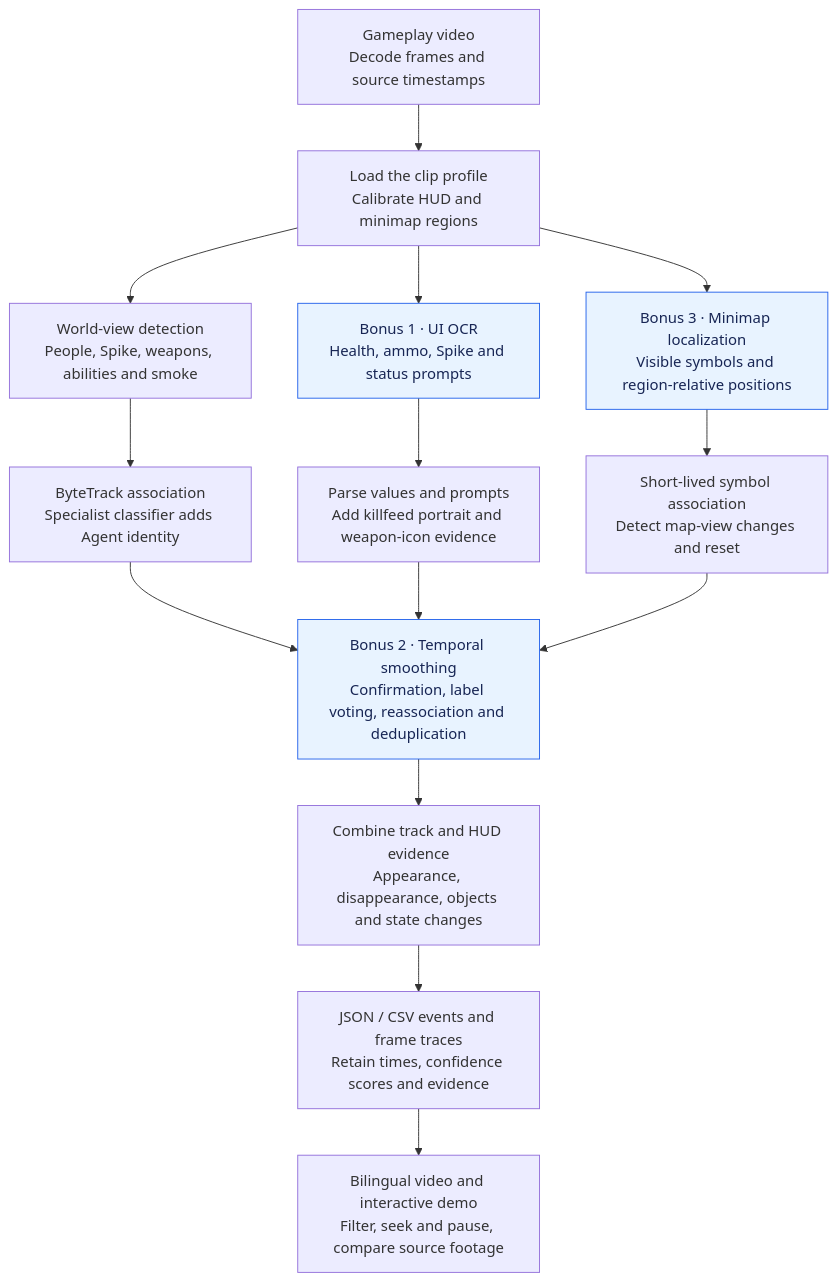
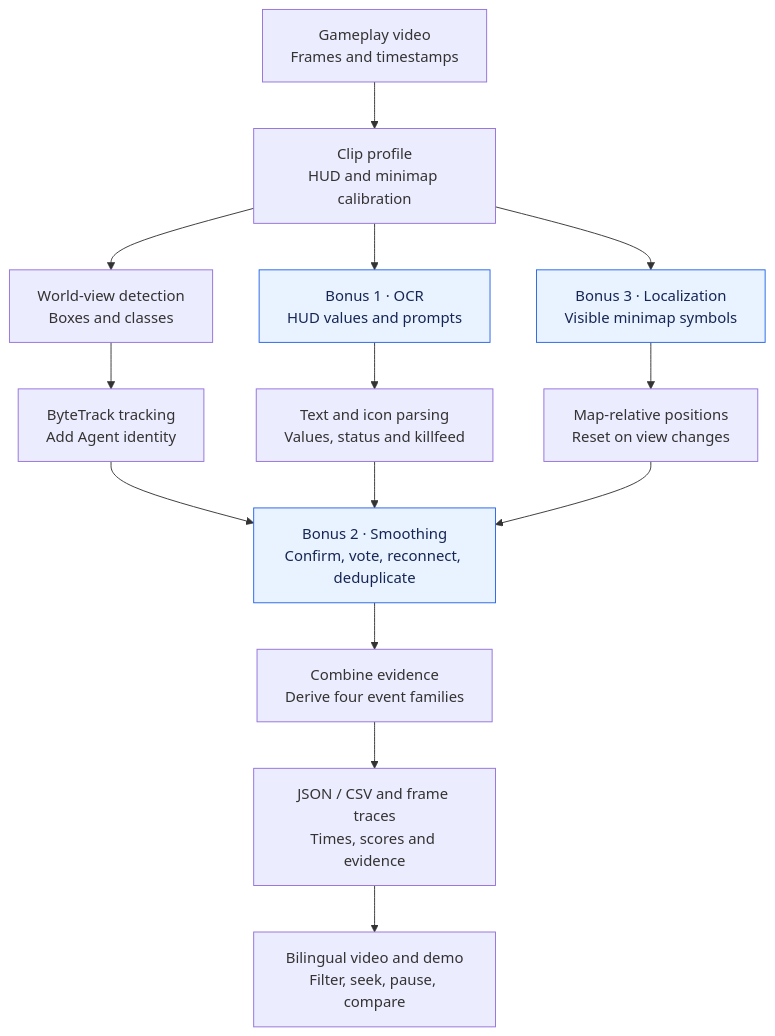
One commit to Xuyw041006-arch/valorant-detect changed the diagram in README.md. Above: the diagram before and after it, drawn with Mermaid. The commit also changed 2 other files, not shown here.

Commit message:
Keep workflow diagram labels concise and readable

````diff
--- a/README.md
+++ b/README.md
@@ -15,18 +15,18 @@
 ```mermaid
 flowchart TD
-    A["Gameplay video<br/>Decode frames and source timestamps"] --> B["Load the clip profile<br/>Calibrate HUD and minimap regions"]
-    B --> C["World-view detection<br/>People, Spike, weapons, abilities and smoke"]
-    B --> D["Bonus 1 · UI OCR<br/>Health, ammo, Spike and status prompts"]
-    B --> E["Bonus 3 · Minimap localization<br/>Visible symbols and region-relative positions"]
-    C --> F["ByteTrack association<br/>Specialist classifier adds Agent identity"]
-    D --> G["Parse values and prompts<br/>Add killfeed portrait and weapon-icon evidence"]
-    E --> H["Short-lived symbol association<br/>Detect map-view changes and reset"]
-    F --> I["Bonus 2 · Temporal smoothing<br/>Confirmation, label voting, reassociation and deduplication"]
+    A["Gameplay video<br/>Frames and timestamps"] --> B["Clip profile<br/>HUD and minimap calibration"]
+    B --> C["World-view detection<br/>Boxes and classes"]
+    B --> D["Bonus 1 · OCR<br/>HUD values and prompts"]
+    B --> E["Bonus 3 · Localization<br/>Visible minimap symbols"]
+    C --> F["ByteTrack tracking<br/>Add Agent identity"]
+    D --> G["Text and icon parsing<br/>Values, status and killfeed"]
+    E --> H["Map-relative positions<br/>Reset on view changes"]
+    F --> I["Bonus 2 · Smoothing<br/>Confirm, vote, reconnect, deduplicate"]
     G --> I
     H --> I
-    I --> J["Combine track and HUD evidence<br/>Appearance, disappearance, objects and state changes"]
-    J --> K["JSON / CSV events and frame traces<br/>Retain times, confidence scores and evidence"]
-    K --> L["Bilingual video and interactive demo<br/>Filter, seek and pause, compare source footage"]
+    I --> J["Combine evidence<br/>Derive four event families"]
+    J --> K["JSON / CSV and frame traces<br/>Times, scores and evidence"]
+    K --> L["Bilingual video and demo<br/>Filter, seek, pause, compare"]
     classDef bonus fill:#e8f3ff,stroke:#2563eb,color:#172554;
     class D,E,I bonus;
 ```
````
